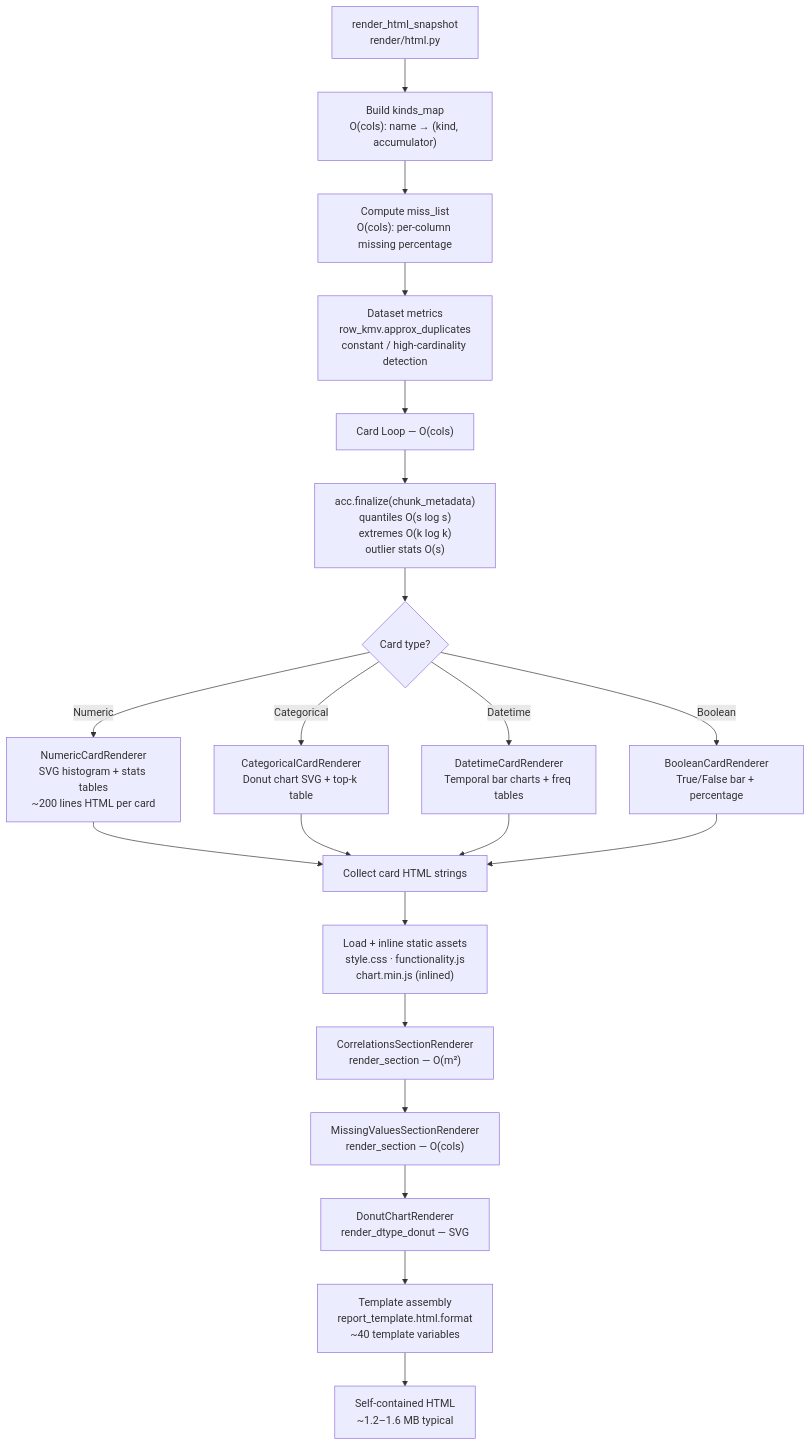
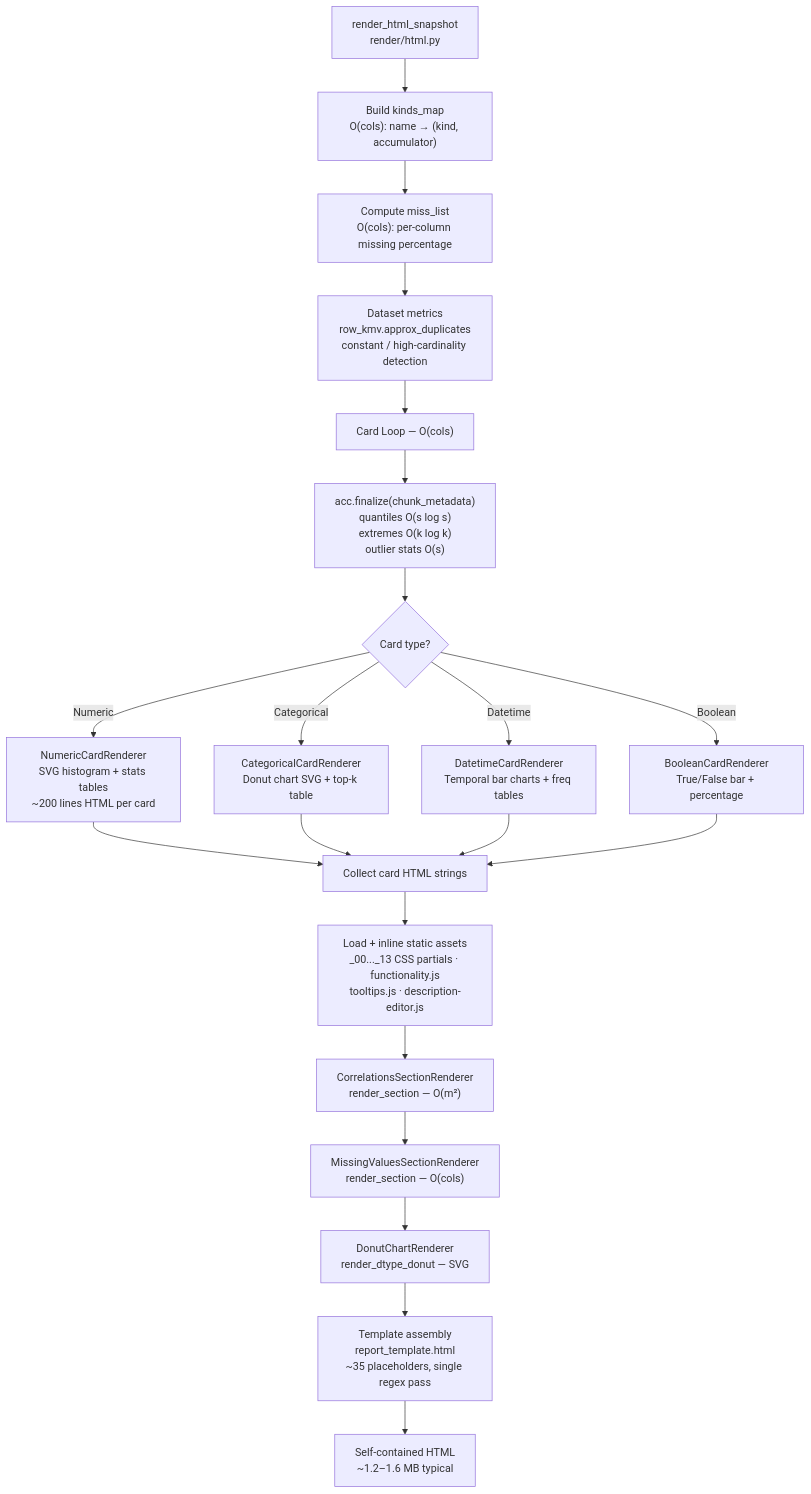
One commit to alvarodiez20/pysuricata changed the fourth of 4 diagrams in docs/architecture-diagrams.md. Above: the diagram before and after it, drawn with Mermaid. The commit also changed 4 other files, not shown here.

````diff
--- a/docs/architecture-diagrams.md
+++ b/docs/architecture-diagrams.md
@@ -145,26 +145,26 @@
 ```mermaid
 flowchart TD
     A["render_html_snapshot\nrender/html.py"] --> B["Build kinds_map\nO(cols): name → (kind, accumulator)"]
     B --> C["Compute miss_list\nO(cols): per-column missing percentage"]
     C --> D["Dataset metrics\nrow_kmv.approx_duplicates\nconstant / high-cardinality detection"]
     D --> E["Card Loop — O(cols)"]
     E --> F["acc.finalize(chunk_metadata)\nquantiles O(s log s)\nextremes O(k log k)\noutlier stats O(s)"]
     F --> G{"Card type?"}
 
     G -->|"Numeric"| G1["NumericCardRenderer\nSVG histogram + stats tables\n~200 lines HTML per card"]
     G -->|"Categorical"| G2["CategoricalCardRenderer\nDonut chart SVG + top-k table"]
     G -->|"Datetime"| G3["DatetimeCardRenderer\nTemporal bar charts + freq tables"]
     G -->|"Boolean"| G4["BooleanCardRenderer\nTrue/False bar + percentage"]
 
     G1 --> H["Collect card HTML strings"]
     G2 --> H
     G3 --> H
     G4 --> H
 
-    H --> I["Load + inline static assets\nstyle.css · functionality.js\nchart.min.js (inlined)"]
+    H --> I["Load + inline static assets\n_00..._13 CSS partials · functionality.js\ntooltips.js · description-editor.js"]
     I --> J["CorrelationsSectionRenderer\nrender_section — O(m²)"]
     J --> K_node["MissingValuesSectionRenderer\nrender_section — O(cols)"]
     K_node --> L["DonutChartRenderer\nrender_dtype_donut — SVG"]
-    L --> M["Template assembly\nreport_template.html.format\n~40 template variables"]
+    L --> M["Template assembly\nreport_template.html\n~35 placeholders, single regex pass"]
     M --> N["Self-contained HTML\n~1.2–1.6 MB typical"]
 ```
````
